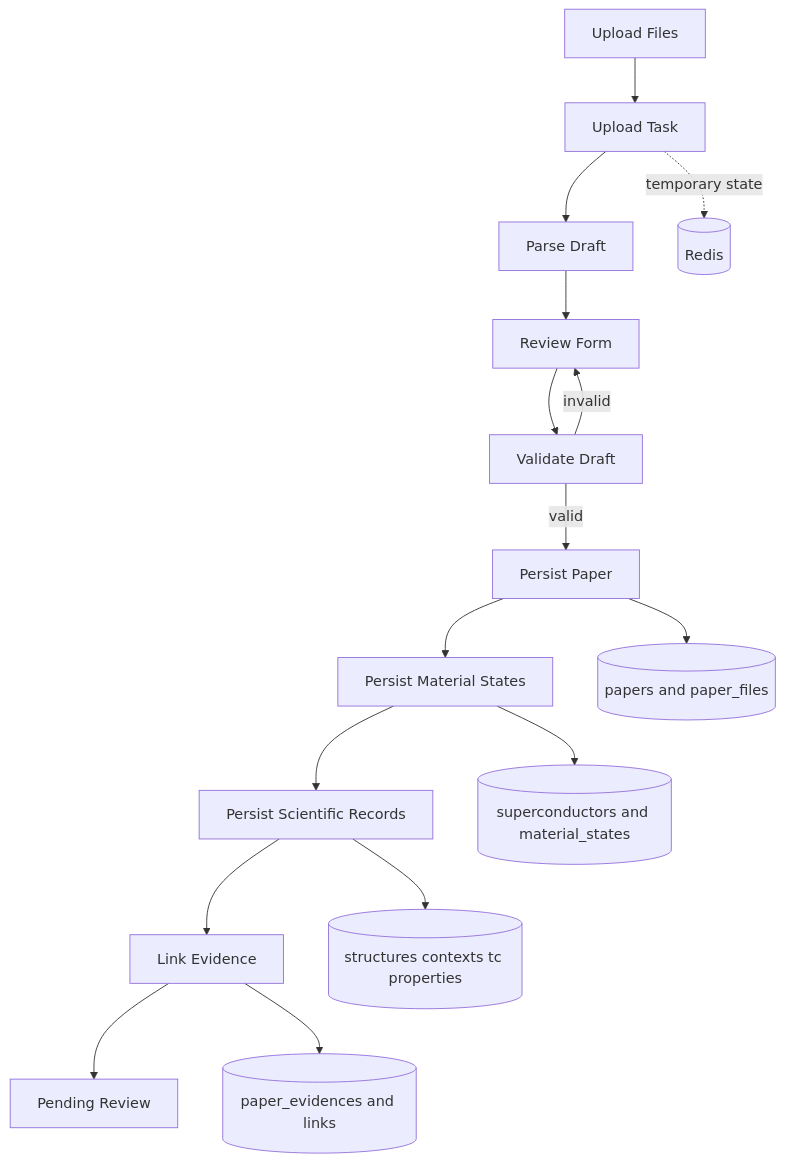
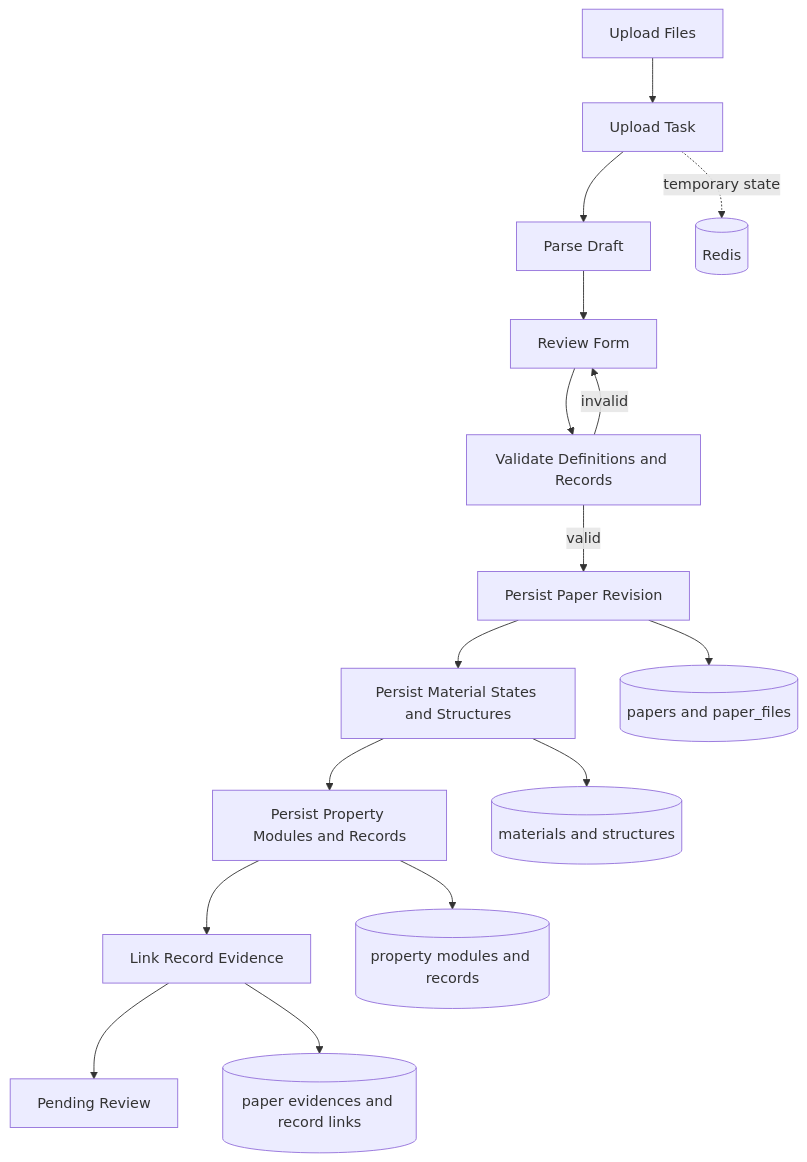
The diagram in docs/overview/01_Decentralized_Uploading_of_Superconductivity_Data/data-structure-and-form-mapping.md (JLU-ICCMS-MaYuan/Conventional-SC-Dataset), drawn with Mermaid before and after one commit. The commit also changed other lines of this file and 67 other files, not shown here.

````diff
--- a/docs/overview/01_Decentralized_Uploading_of_Superconductivity_Data/data-structure-and-form-mapping.md
+++ b/docs/overview/01_Decentralized_Uploading_of_Superconductivity_Data/data-structure-and-form-mapping.md
@@ -98,19 +85,19 @@
 ```mermaid
 flowchart TD
     A[Upload Files] --> B[Upload Task]
     B --> C[Parse Draft]
     C --> D[Review Form]
-    D --> E[Validate Draft]
-    E -->|valid| F[Persist Paper]
+    D --> E[Validate Definitions and Records]
+    E -->|valid| F[Persist Paper Revision]
     E -->|invalid| D
-    F --> G[Persist Material States]
-    G --> H[Persist Scientific Records]
-    H --> I[Link Evidence]
+    F --> G[Persist Material States and Structures]
+    G --> H[Persist Property Modules and Records]
+    H --> I[Link Record Evidence]
     I --> J[Pending Review]
 
     B -. temporary state .-> R[(Redis)]
     F --> P[(papers and paper_files)]
-    G --> M[(superconductors and material_states)]
-    H --> S[(structures contexts tc properties)]
-    I --> V[(paper_evidences and links)]
+    G --> M[(materials and structures)]
+    H --> S[(property modules and records)]
+    I --> V[(paper evidences and record links)]
 ```
````
